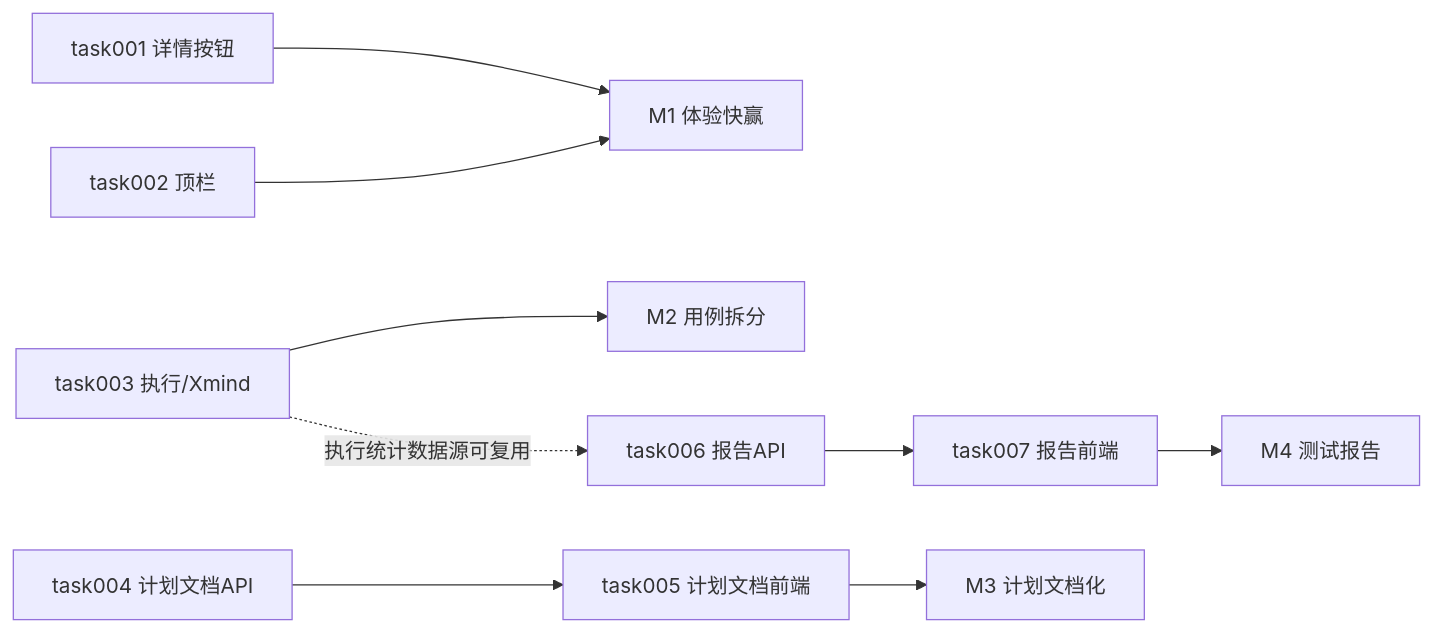
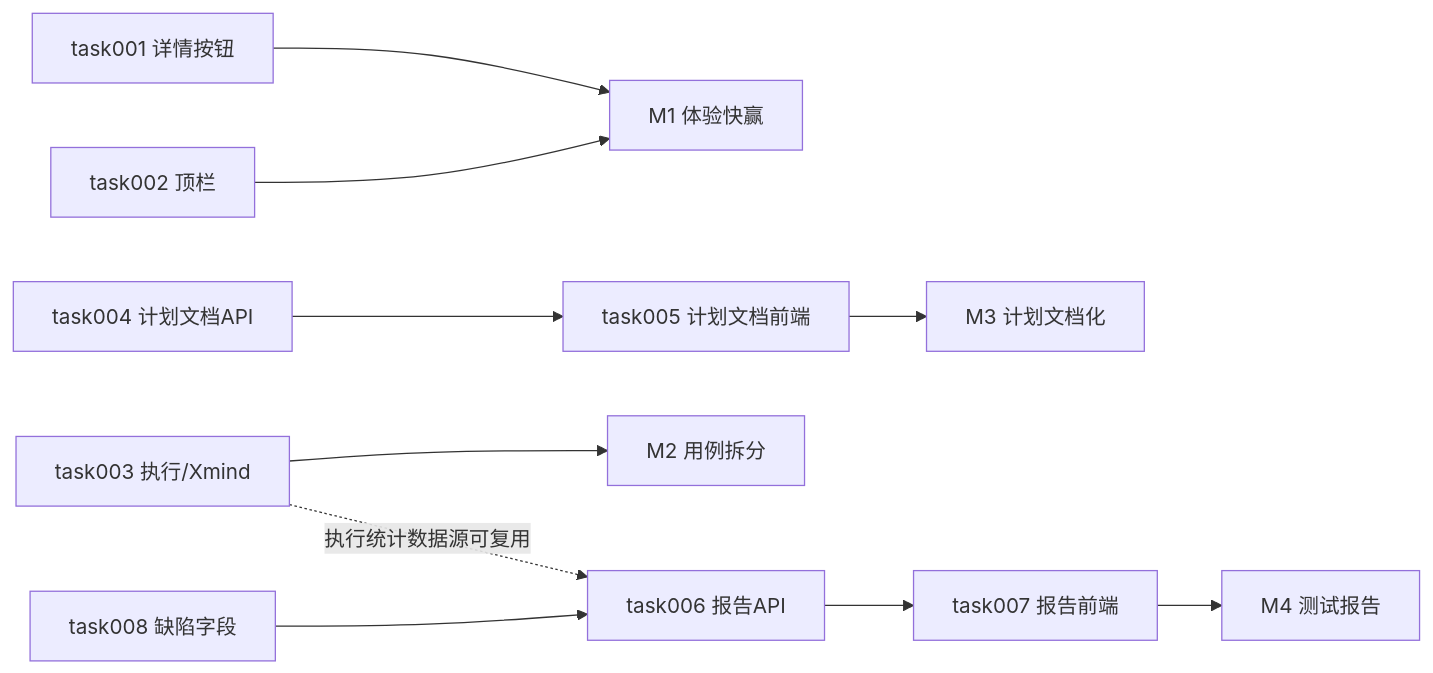
The diagram in docs/task/experience_optimize/task000-实施总览与依赖关系.md (MiDouTech/metersphere), drawn with Mermaid before and after one commit. The commit also changed other lines of this file and 65 other files, not shown here.

````diff
--- a/docs/task/experience_optimize/task000-实施总览与依赖关系.md
+++ b/docs/task/experience_optimize/task000-实施总览与依赖关系.md
@@ -43,11 +46,12 @@
 ```mermaid
 flowchart LR
     T001[task001 详情按钮] --> T000M1[M1 体验快赢]
     T002[task002 顶栏] --> T000M1
     T003[task003 执行/Xmind] --> T000M2[M2 用例拆分]
     T004[task004 计划文档API] --> T005[task005 计划文档前端]
     T005 --> T000M3[M3 计划文档化]
-    T006[task006 报告API] --> T007[task007 报告前端]
+    T008[task008 缺陷字段] --> T006[task006 报告API]
+    T006 --> T007[task007 报告前端]
     T007 --> T000M4[M4 测试报告]
     T003 -.->|执行统计数据源可复用| T006
 ```
````
